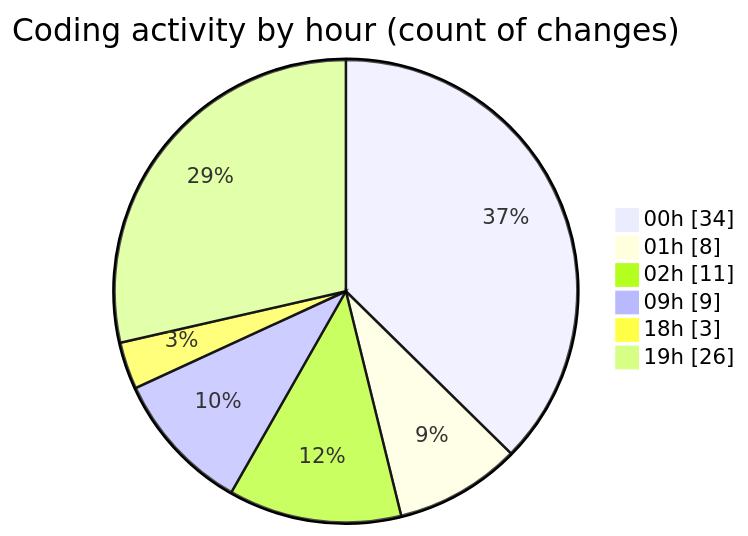
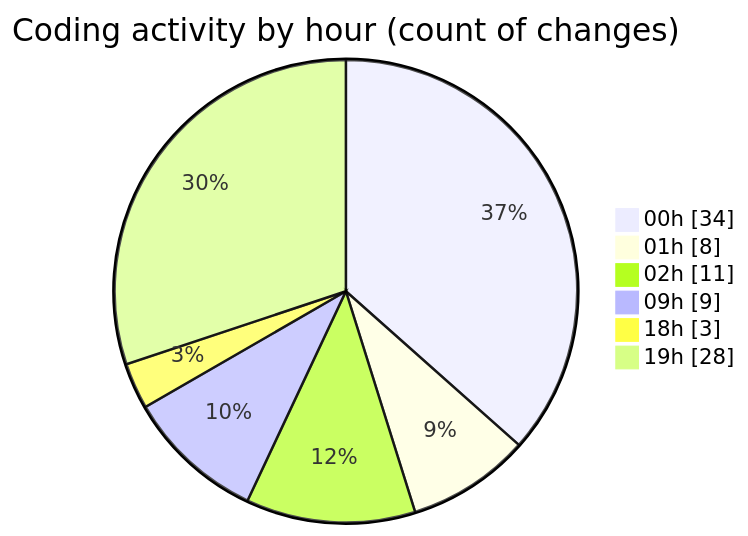
The second of 2 diagrams in 2025-05-18/niten/README.md (Elitesun/code-tracking), drawn with Mermaid before and after one commit. The commit also changed other lines of this file and 1 other file, not shown here.

````diff
--- a/2025-05-18/niten/README.md
+++ b/2025-05-18/niten/README.md
@@ -57,10 +57,10 @@
 ```mermaid
 pie showData
 title Coding activity by hour (count of changes)
 "00h" : 34
 "01h" : 8
 "02h" : 11
 "09h" : 9
 "18h" : 3
-"19h" : 26
+"19h" : 28
 ```
````
